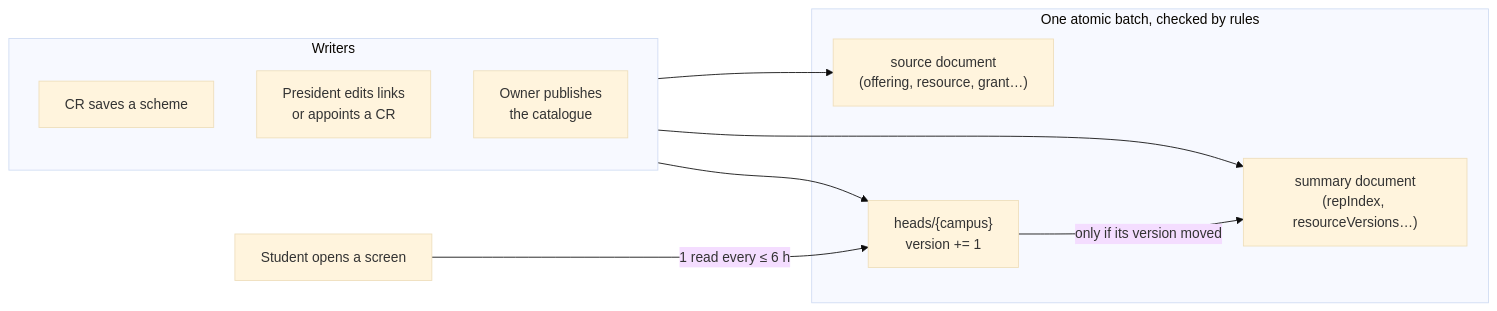
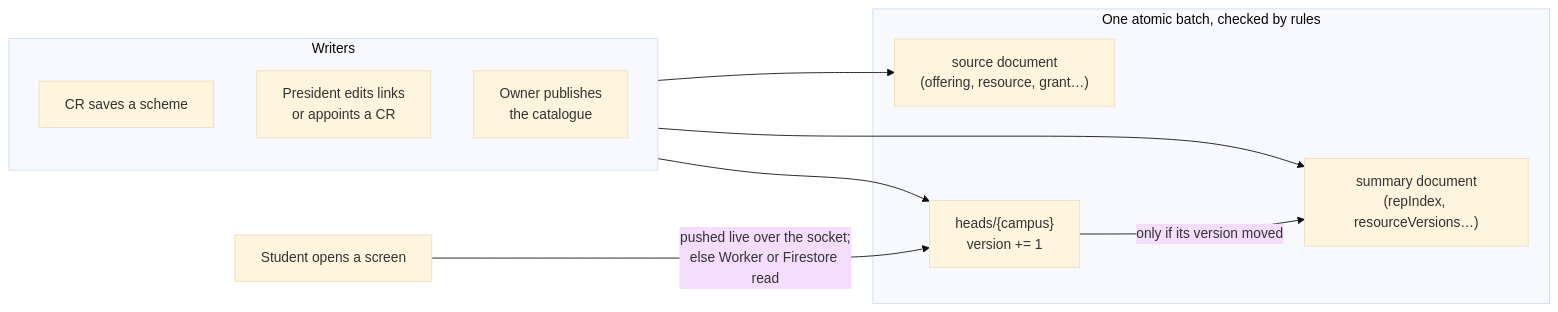
The fifth of 12 diagrams in docs/ARCHITECTURE.md (e-iotapi/CGPA_Calculator), drawn with Mermaid (base theme) before and after one commit. The commit also changed other lines of this file and 2 other files, not shown here.

First line of the commit message:
Docs: diagrams and loading design after the final review (worker, live sync, no spinners, cost limits, marker rules)

````diff
--- a/docs/ARCHITECTURE.md
+++ b/docs/ARCHITECTURE.md
@@ -241,16 +252,16 @@
 ```mermaid
 flowchart LR
   subgraph Writers
     CR["CR saves a scheme"]
     Pres["President edits links<br/>or appoints a CR"]
     Owner["Owner publishes<br/>the catalogue"]
   end
   subgraph Batch["One atomic batch, checked by rules"]
     Src["source document<br/>(offering, resource, grant…)"]
     Idx["summary document<br/>(repIndex, resourceVersions…)"]
     Head["heads/{campus}<br/>version += 1"]
   end
   Writers --> Src & Idx & Head
-  Student["Student opens a screen"] -->|"1 read every ≤ 6 h"| Head
+  Student["Student opens a screen"] -->|"pushed live over the socket;<br/>else Worker or Firestore read"| Head
   Head -->|"only if its version moved"| Idx
 ```
````
